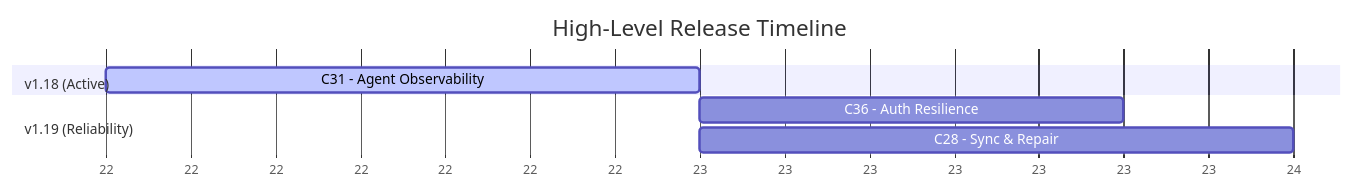
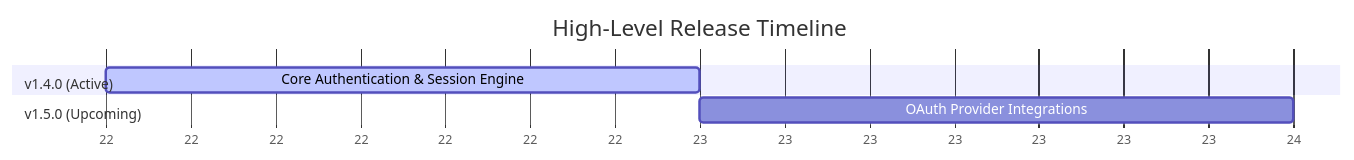
Before and after one commit to jjdelorme/plan-commands: the diagram in config/agents/product_owner/agent.md, drawn with Mermaid. The commit also changed other lines of this file and 6 other files, not shown here.

````diff
--- a/config/agents/product_owner/agent.md
+++ b/config/agents/product_owner/agent.md
@@ -110,13 +133,12 @@
 ```mermaid
 gantt
     title High-Level Release Timeline
     dateFormat  YYYY-MM-DD
     axisFormat  %W
 
-    section v1.18 (Active)
-    C31 - Agent Observability        :active, c31, 2026-06-01, 7d
+    section v1.4.0 (Active)
+    Core Authentication & Session Engine  :active, rel1, 2026-06-01, 7d
 
-    section v1.19 (Reliability)
-    C36 - Auth Resilience            :c36, after c31, 5d
-    C28 - Sync & Repair              :c28, after c31, 7d
+    section v1.5.0 (Upcoming)
+    OAuth Provider Integrations           :rel2, after rel1, 7d
 ```
````
